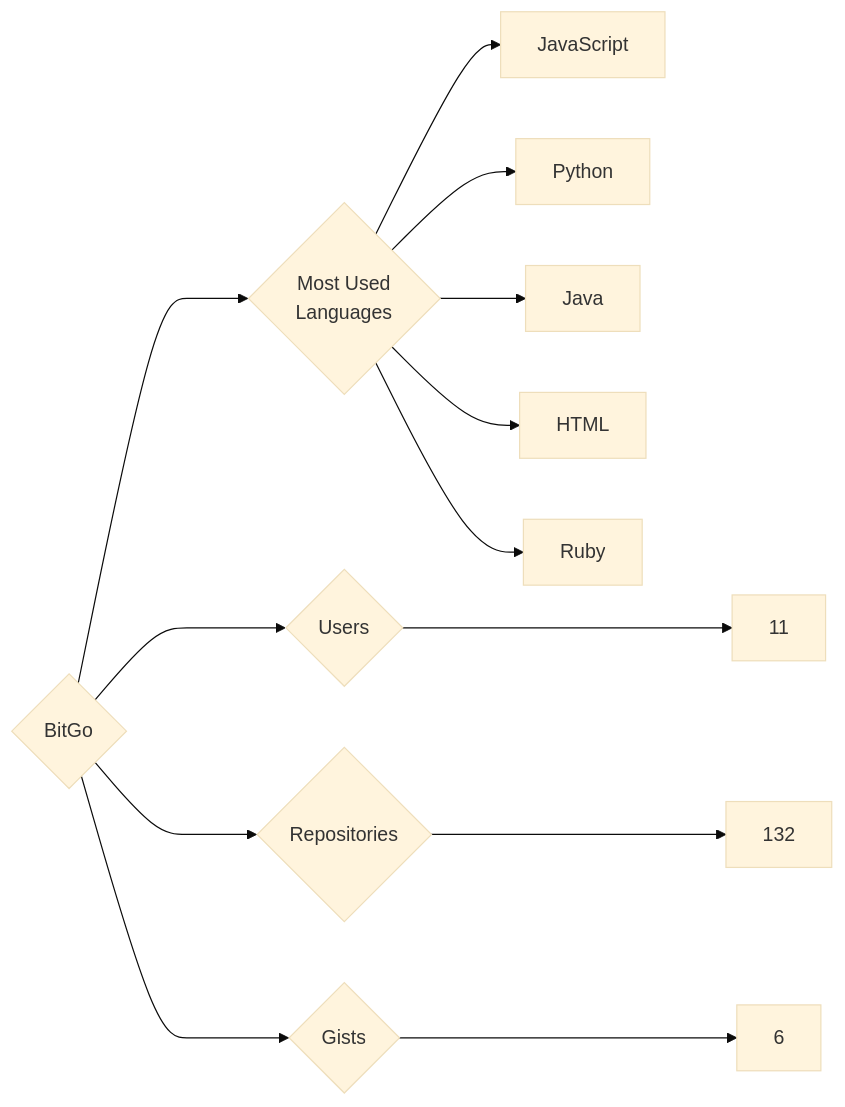
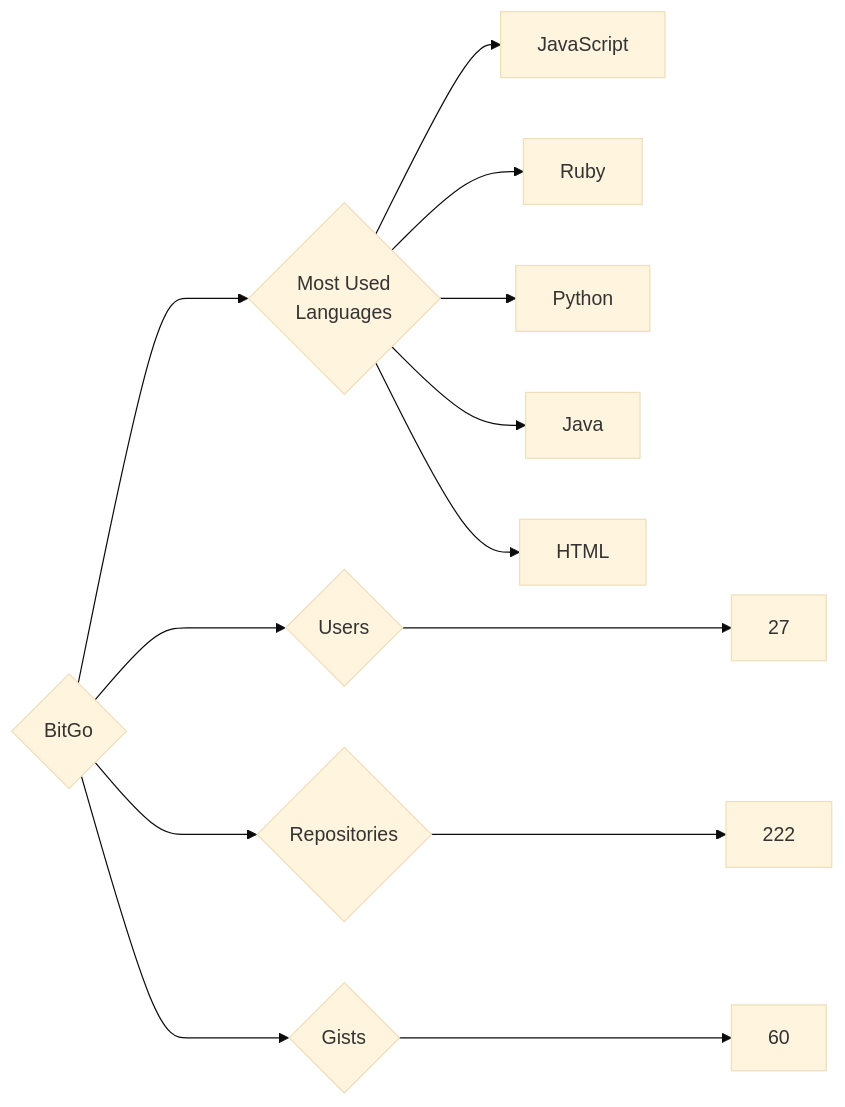
The diagram in targets/BitGo/README.md (trickest/insiders), drawn with Mermaid (base theme) before and after one commit. The commit also changed 914 other files, not shown here.

````diff
--- a/targets/BitGo/README.md
+++ b/targets/BitGo/README.md
@@ -3,13 +3,13 @@
 ```mermaid
 graph LR
 COMPANY_NAME{BitGo}
-COMPANY_NAME ---> U{Users} ---> UN[11]
-COMPANY_NAME ---> R{Repositories} ---> RN[132]
-COMPANY_NAME ---> G{Gists} ---> GN[6]
+COMPANY_NAME ---> U{Users} ---> UN[27]
+COMPANY_NAME ---> R{Repositories} ---> RN[222]
+COMPANY_NAME ---> G{Gists} ---> GN[60]
 COMPANY_NAME ---> ML{Most Used<br>Languages}
 ML --> JavaScript[JavaScript]
+ML --> Ruby[Ruby]
 ML --> Python[Python]
 ML --> Java[Java]
 ML --> HTML[HTML]
-ML --> Ruby[Ruby]
 ```
````
